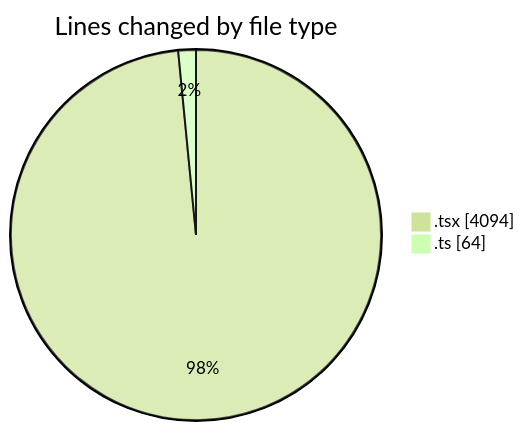
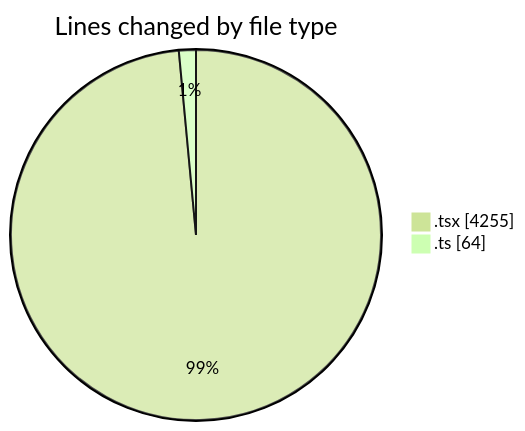
Before and after one commit to nxtqubesakshisongat/code-tracking: the first of 2 diagrams in 2026-04-09/airfeed-analytics-dashboard/README.md, drawn with Mermaid (forest theme). The commit also changed other lines of this file and 1 other file, not shown here.

````diff
--- a/2026-04-09/airfeed-analytics-dashboard/README.md
+++ b/2026-04-09/airfeed-analytics-dashboard/README.md
@@ -35,6 +35,6 @@
 ```mermaid
 pie showData
 title Lines changed by file type
-".tsx" : 4094
+".tsx" : 4255
 ".ts" : 64
 ```
````
